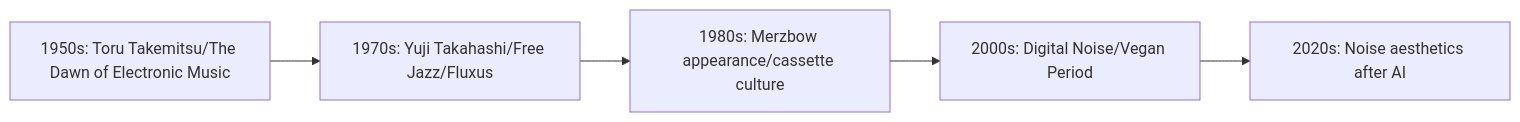
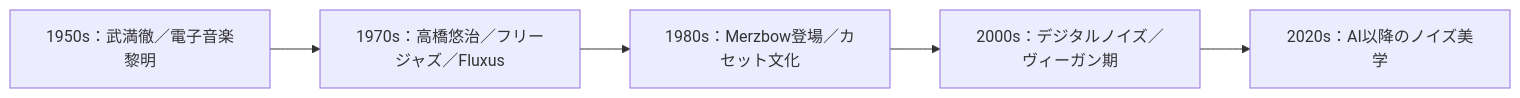
Before and after one commit to monumental-movement/monumental-movement.github.io: the third of 4 diagrams in en/_posts/2025-10-26-column-merzbow.md, drawn with Mermaid. The commit also changed other lines of this file and 211 other files, not shown here.

```diff
--- a/en/_posts/2025-10-26-column-merzbow.md
+++ b/en/_posts/2025-10-26-column-merzbow.md
@@ -153,13 +153,13 @@
 <div class="mermaid">
 
 flowchart LR
 
-T1["1950s: Toru Takemitsu/The Dawn of Electronic Music"]
-T2["1970s: Yuji Takahashi/Free Jazz/Fluxus"]
-T3["1980s: Merzbow appearance/cassette culture"]
-T4["2000s: Digital Noise/Vegan Period"]
-T5["2020s: Noise aesthetics after AI"]
+    T1["1950s：武満徹／電子音楽黎明"]
+    T2["1970s：高橋悠治／フリージャズ／Fluxus"]
+    T3["1980s：Merzbow登場／カセット文化"]
+    T4["2000s：デジタルノイズ／ヴィーガン期"]
+    T5["2020s：AI以降のノイズ美学"]
 
-T1 --> T2 --> T3 --> T4 --> T5
+    T1 --> T2 --> T3 --> T4 --> T5
 
 </div>
```
